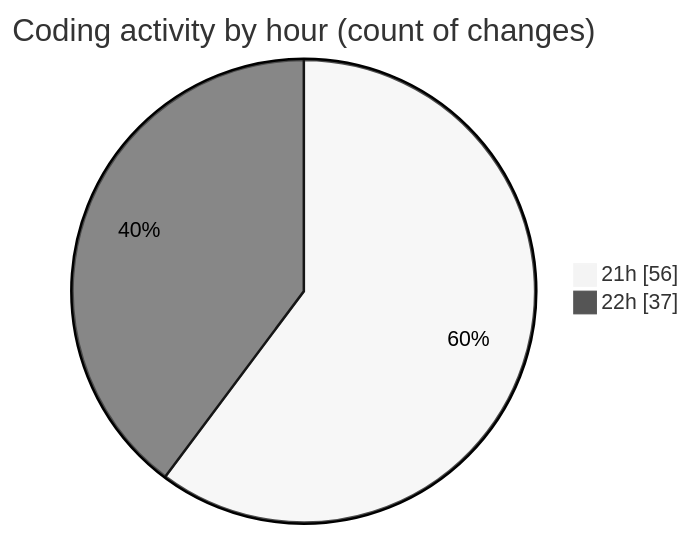
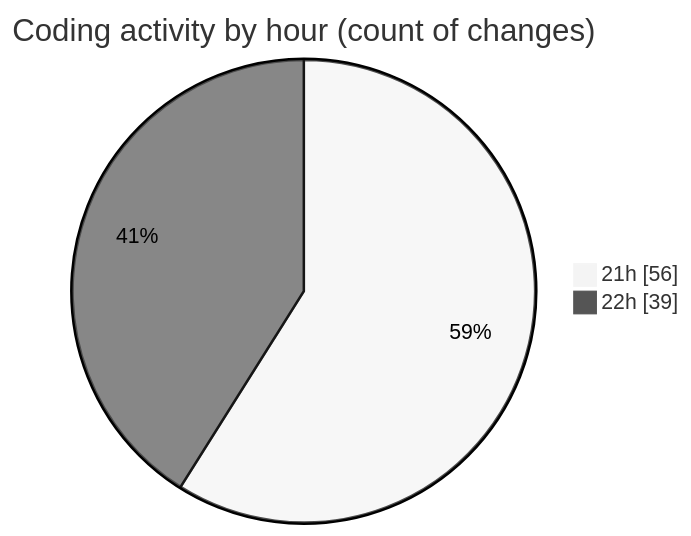
One commit to Netris89/code-tracking changed the second of 2 diagrams in 2025-03-26/echo/README.md. Above: the diagram before and after it, drawn with Mermaid (neutral theme). The commit also changed other lines of this file and 1 other file, not shown here.

````diff
--- a/2025-03-26/echo/README.md
+++ b/2025-03-26/echo/README.md
@@ -34,6 +34,6 @@
 ```mermaid
 pie showData
 title Coding activity by hour (count of changes)
 "21h" : 56
-"22h" : 37
+"22h" : 39
 ```
````
